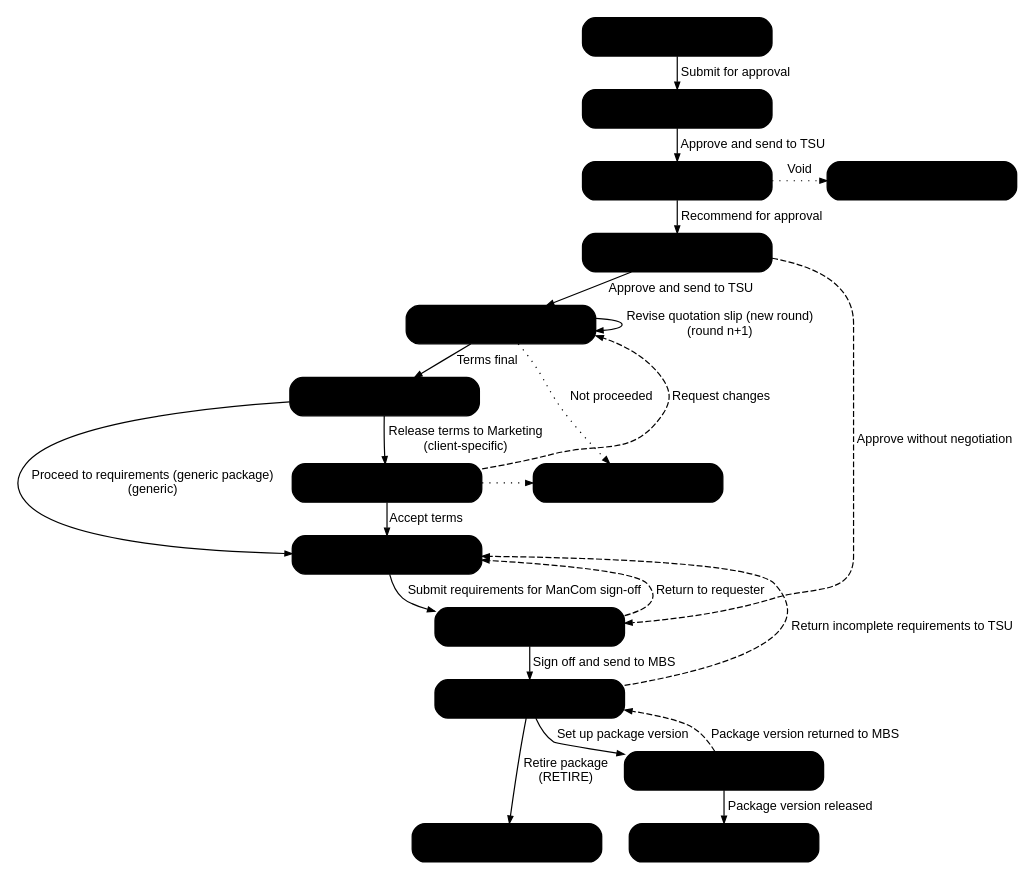
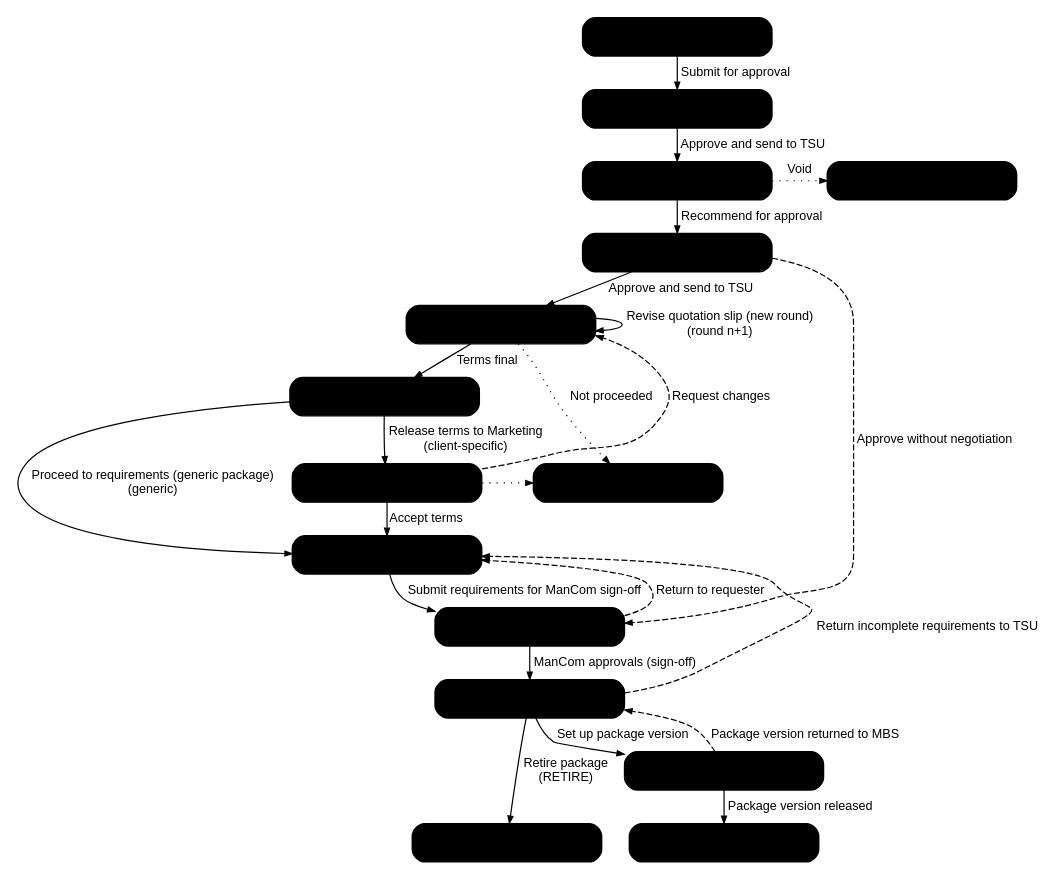
One commit to IortaTexhNXT-DEV/FinVerse changed the diagram in docs/deliverables/src/BRD-03_Product_Maintenance/figures/brd03_workflow.dot. Above: the diagram before and after it, drawn with Graphviz. The commit also changed 18 other files, not shown here.

```diff
--- a/docs/deliverables/src/BRD-03_Product_Maintenance/figures/brd03_workflow.dot
+++ b/docs/deliverables/src/BRD-03_Product_Maintenance/figures/brd03_workflow.dot
@@ -1,50 +1,50 @@
 // BRD-3: workflow PM_PACKAGE_REQUEST (V755). FRS section 5. Stage owner permission in the second line.
 digraph pm_workflow {
   graph [rankdir=TB, fontname="Arial", nodesep=0.3, ranksep=0.22, bgcolor="white", pad=0.1];
   node  [shape=box, style="rounded,filled", fillcolor="@BG_BLUE", color="@HEADER_BLUE", penwidth=1.1,
          fontname="Arial", fontsize=12, fontcolor="@NEAR_BLACK", width=2.2, height=0.45, margin="0.08,0.02"];
   edge  [color="@MUTED", arrowsize=0.6, fontname="Arial", fontsize=10.5, fontcolor="@TEXT"];
 
   DRAFT             [label="DRAFT\nMarketing AO / TSU"];
   FOR_MKT_APPROVAL  [label="FOR_MKT_APPROVAL\nMarketing TL / TH / UH"];
   FOR_TSU_REVIEW    [label="FOR_TSU_REVIEW\nTSU TL"];
   FOR_TSU_APPROVAL  [label="FOR_TSU_APPROVAL\nTSU TH"];
   NEGOTIATION       [label="NEGOTIATION\nTSU Officer / TL"];
   TERMS_REVIEW      [label="TERMS_REVIEW\nTSU TH"];
   FOR_MKT_REVIEW    [label="FOR_MKT_REVIEW\nMarketing"];
   REQUIREMENTS_PREP [label="REQUIREMENTS_PREP\nTSU"];
   FOR_MANCOM        [label="FOR_MANCOM\nManCom"];
   WITH_MBS          [label="WITH_MBS\nMBS"];
   FOR_VALIDATION    [label="FOR_VALIDATION\nTSU Head / Business Admin"];
   RELEASED          [label="RELEASED", fillcolor="@SUCCESS_BG", color="@SUCCESS"];
   RETIRED           [label="RETIRED", fillcolor="@SUCCESS_BG", color="@SUCCESS"];
   NOT_PROCEEDED     [label="NOT_PROCEEDED", fillcolor="@DIRTY_WHITE", color="@MUTED"];
   VOIDED            [label="VOIDED", fillcolor="@DIRTY_WHITE", color="@MUTED"];
 
   DRAFT -> FOR_MKT_APPROVAL [label=" Submit for approval"];
   FOR_MKT_APPROVAL -> FOR_TSU_REVIEW [label=" Approve and send to TSU"];
   FOR_TSU_REVIEW -> FOR_TSU_APPROVAL [label=" Recommend for approval"];
   FOR_TSU_APPROVAL -> NEGOTIATION [label=" Approve and send to TSU"];
   NEGOTIATION -> NEGOTIATION [label=" Revise quotation slip (new round)\n (round n+1)"];
   NEGOTIATION -> TERMS_REVIEW [label=" Terms final"];
   TERMS_REVIEW -> FOR_MKT_REVIEW [label=" Release terms to Marketing\n (client-specific)"];
   TERMS_REVIEW -> REQUIREMENTS_PREP [label=" Proceed to requirements (generic package)\n (generic)"];
   FOR_MKT_REVIEW -> REQUIREMENTS_PREP [label=" Accept terms"];
   FOR_MKT_REVIEW -> NEGOTIATION [label=" Request changes", style=dashed, constraint=false];
   FOR_TSU_APPROVAL -> FOR_MANCOM [label=" Approve without negotiation", style=dashed];
   REQUIREMENTS_PREP -> FOR_MANCOM [label=" Submit requirements for ManCom sign-off"];
-  FOR_MANCOM -> WITH_MBS [label=" Sign off and send to MBS"];
+  FOR_MANCOM -> WITH_MBS [label=" ManCom approvals (sign-off)"];
   FOR_MANCOM -> REQUIREMENTS_PREP [label=" Return to requester", style=dashed, constraint=false];
   WITH_MBS -> REQUIREMENTS_PREP [label=" Return incomplete requirements to TSU", style=dashed, constraint=false];
   WITH_MBS -> FOR_VALIDATION [label=" Set up package version"];
   WITH_MBS -> RETIRED [label=" Retire package\n (RETIRE)"];
   FOR_VALIDATION -> RELEASED [label=" Package version released"];
   FOR_VALIDATION -> WITH_MBS [label=" Package version returned to MBS", style=dashed, constraint=false];
   NEGOTIATION -> NOT_PROCEEDED [label=" Not proceeded", style=dotted];
   FOR_MKT_REVIEW -> NOT_PROCEEDED [style=dotted];
   FOR_TSU_REVIEW -> VOIDED [label=" Void", style=dotted];
 
   { rank=same; FOR_TSU_REVIEW; VOIDED; }
   { rank=same; FOR_MKT_REVIEW; NOT_PROCEEDED; }
   { rank=same; RELEASED; RETIRED; }
 }
```
